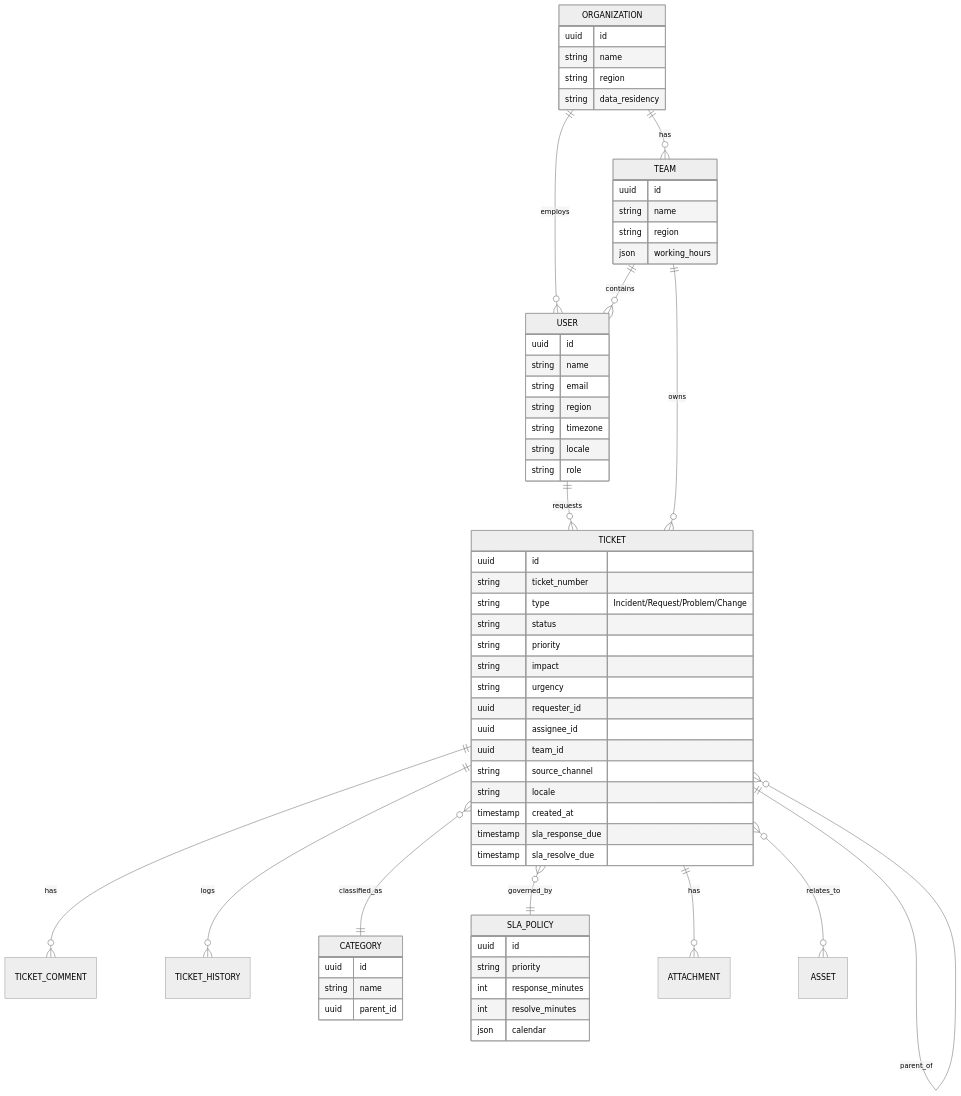
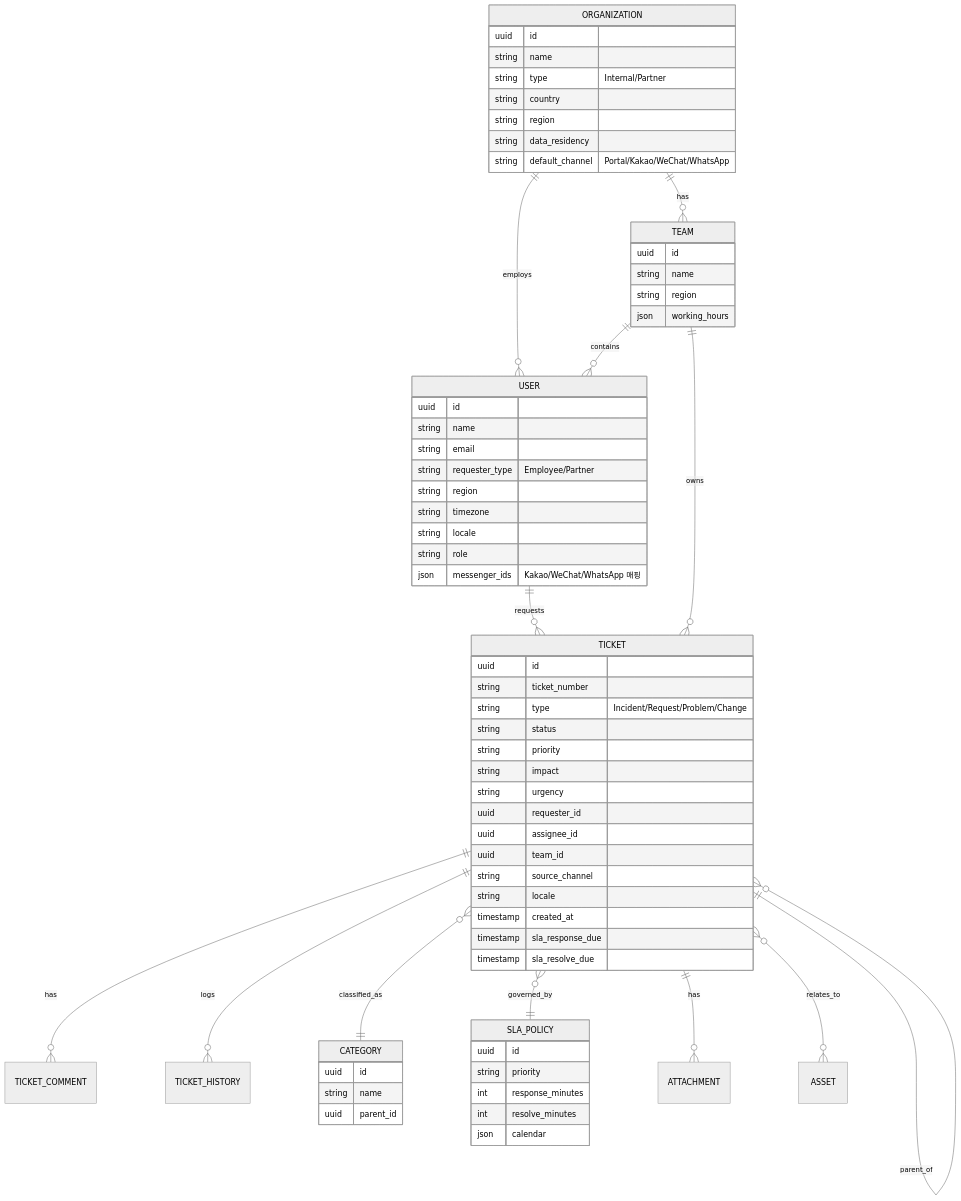
Before and after one commit to WilliamKim2/anomalib: the third of 6 diagrams in docs/global-it-helpdesk-ticket-system-design.md, drawn with Mermaid (neutral theme). The commit also changed other lines of this file, not shown here.

Commit message:
docs: add WeChat/WhatsApp partner channels alongside KakaoTalk

````diff
--- a/docs/global-it-helpdesk-ticket-system-design.md
+++ b/docs/global-it-helpdesk-ticket-system-design.md
@@ -123,66 +124,71 @@
 ```mermaid
 erDiagram
     ORGANIZATION ||--o{ TEAM : has
     ORGANIZATION ||--o{ USER : employs
     TEAM ||--o{ USER : contains
     USER ||--o{ TICKET : requests
     TEAM ||--o{ TICKET : owns
     TICKET ||--o{ TICKET_COMMENT : has
     TICKET ||--o{ TICKET_HISTORY : logs
     TICKET }o--|| CATEGORY : classified_as
     TICKET }o--|| SLA_POLICY : governed_by
     TICKET ||--o{ ATTACHMENT : has
     TICKET }o--o{ ASSET : relates_to
     TICKET ||--o{ TICKET : parent_of
 
     ORGANIZATION {
         uuid id
         string name
+        string type "Internal/Partner"
+        string country
         string region
         string data_residency
+        string default_channel "Portal/Kakao/WeChat/WhatsApp"
     }
     USER {
         uuid id
         string name
         string email
+        string requester_type "Employee/Partner"
         string region
         string timezone
         string locale
         string role
+        json messenger_ids "Kakao/WeChat/WhatsApp 매핑"
     }
     TEAM {
         uuid id
         string name
         string region
         json working_hours
     }
     TICKET {
         uuid id
         string ticket_number
         string type "Incident/Request/Problem/Change"
         string status
         string priority
         string impact
         string urgency
         uuid requester_id
         uuid assignee_id
         uuid team_id
         string source_channel
         string locale
         timestamp created_at
         timestamp sla_response_due
         timestamp sla_resolve_due
     }
     CATEGORY {
         uuid id
         string name
         uuid parent_id
     }
     SLA_POLICY {
         uuid id
         string priority
         int response_minutes
         int resolve_minutes
         json calendar
     }
 ```
````
